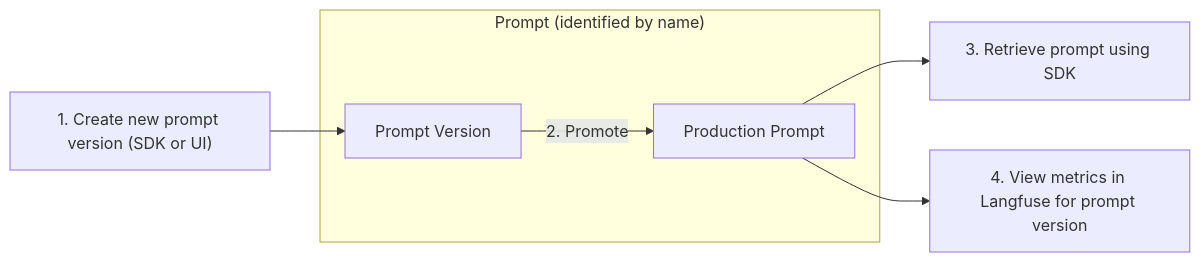
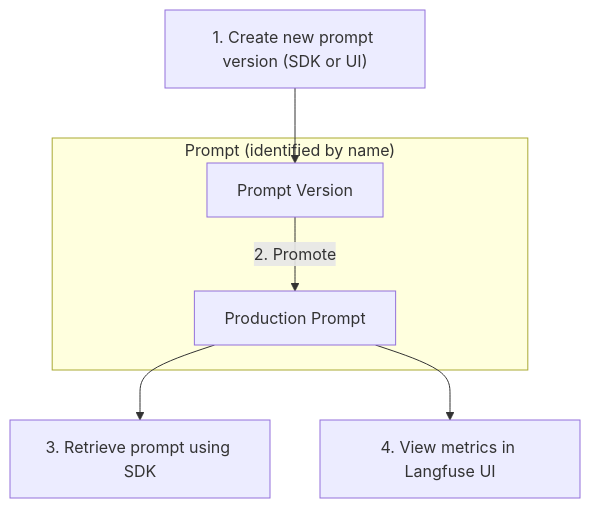
One commit to langfuse/langfuse-docs changed the diagram in pages/docs/prompts/get-started.mdx. Above: the diagram before and after it, drawn with Mermaid. The commit also changed other lines of this file and 1 other file, not shown here.

Commit message:
docs: add more notes to /prompts

````diff
--- a/pages/docs/prompts/get-started.mdx
+++ b/pages/docs/prompts/get-started.mdx
@@ -75,9 +75,9 @@
 ```mermaid
-graph LR
+graph TB
     A["1. Create new prompt version (SDK or UI)"] --> PV
     subgraph S1["Prompt (identified by name)"]
         PV["Prompt Version"] -->|"2. Promote"| PP["Production Prompt"]
     end
     PP --> D["3. Retrieve prompt using SDK"]
-    PP --> E["4. View metrics in Langfuse for prompt version"]
+    PP --> E["4. View metrics in Langfuse UI"]
 ```
````
